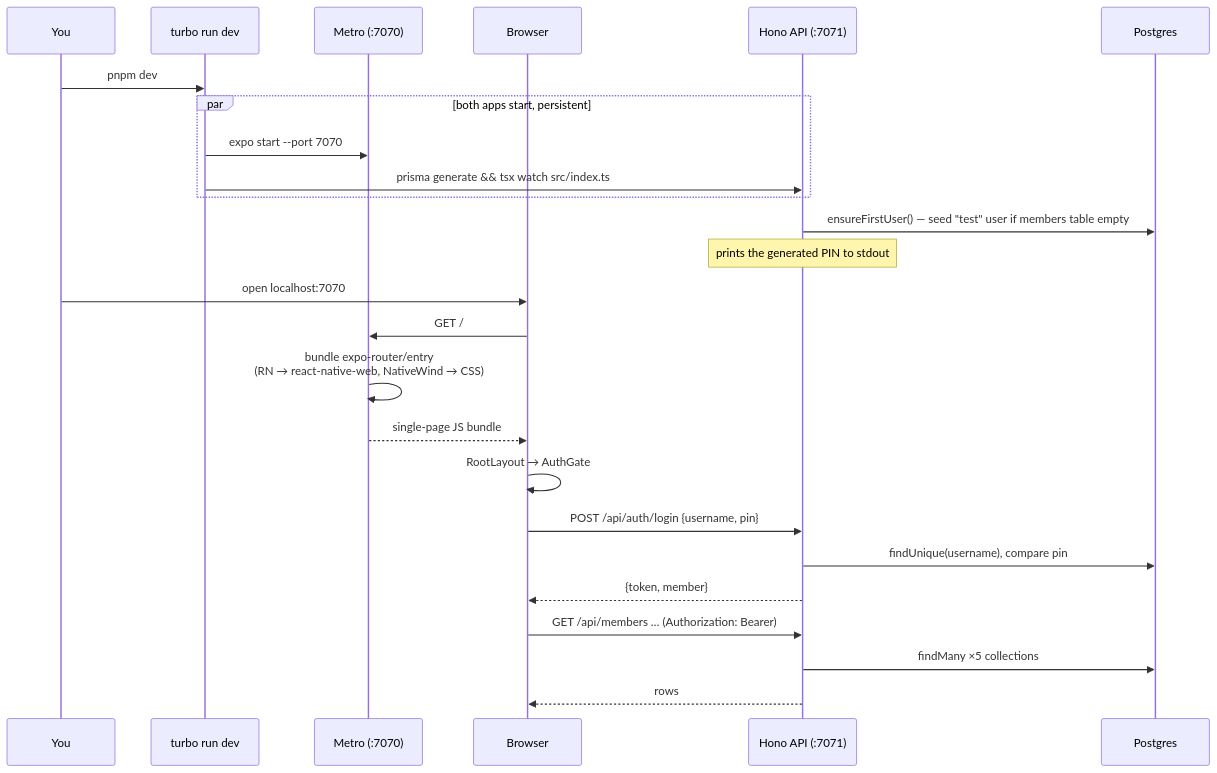
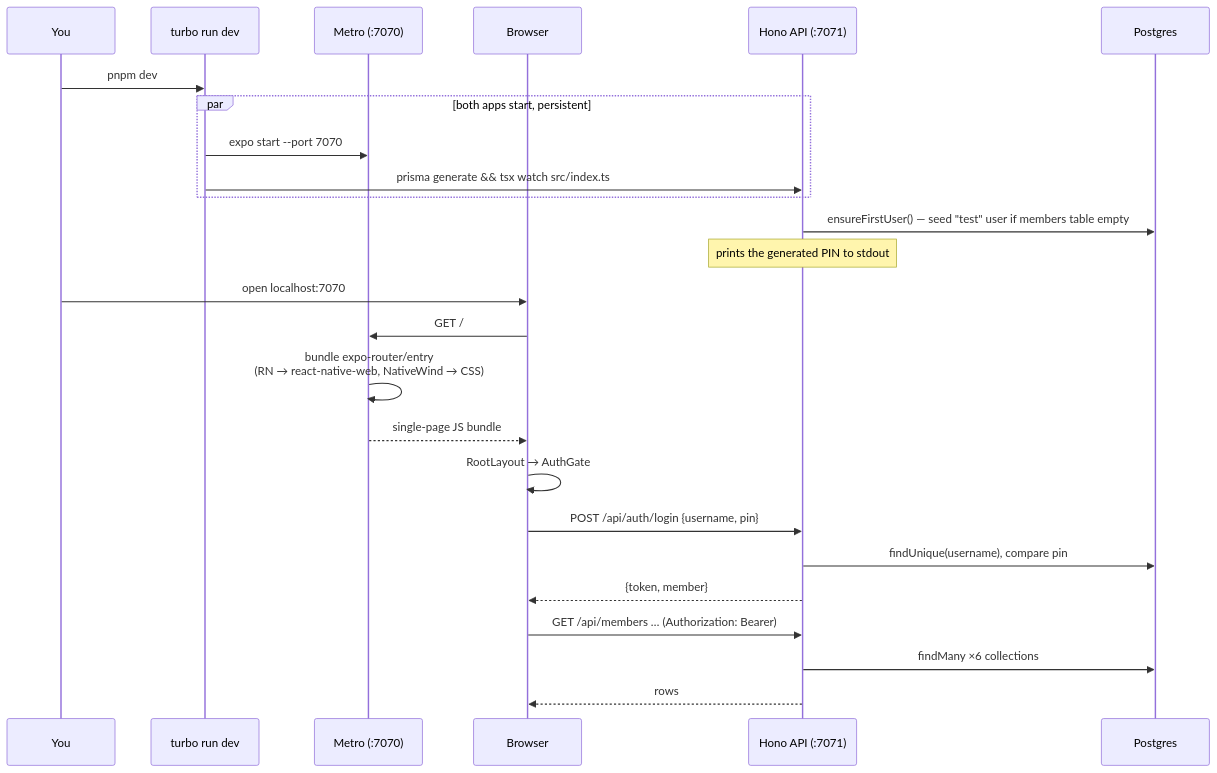
Before and after one commit to RobinNagpal/courtpot: the third of 5 diagrams in docs/architecture.md, drawn with Mermaid. The commit also changed other lines of this file and 45 other files, not shown here.

````diff
--- a/docs/architecture.md
+++ b/docs/architecture.md
@@ -102,30 +102,30 @@
 ```mermaid
 sequenceDiagram
     participant You
     participant Turbo as turbo run dev
     participant Metro as Metro (:7070)
     participant Browser
     participant API as Hono API (:7071)
     participant PG as Postgres
 
     You->>Turbo: pnpm dev
     par both apps start, persistent
         Turbo->>Metro: expo start --port 7070
         Turbo->>API: prisma generate && tsx watch src/index.ts
     end
     API->>PG: ensureFirstUser() — seed "test" user if members table empty
     Note over API: prints the generated PIN to stdout
 
     You->>Browser: open localhost:7070
     Browser->>Metro: GET /
     Metro->>Metro: bundle expo-router/entry<br/>(RN → react-native-web, NativeWind → CSS)
     Metro-->>Browser: single-page JS bundle
 
     Browser->>Browser: RootLayout → AuthGate
     Browser->>API: POST /api/auth/login {username, pin}
     API->>PG: findUnique(username), compare pin
     API-->>Browser: {token, member}
     Browser->>API: GET /api/members … (Authorization: Bearer)
-    API->>PG: findMany ×5 collections
+    API->>PG: findMany ×6 collections
     API-->>Browser: rows
 ```
````
